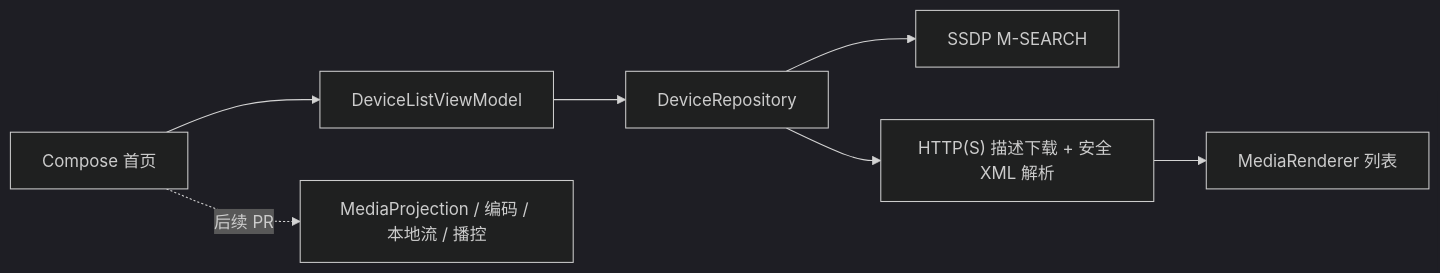
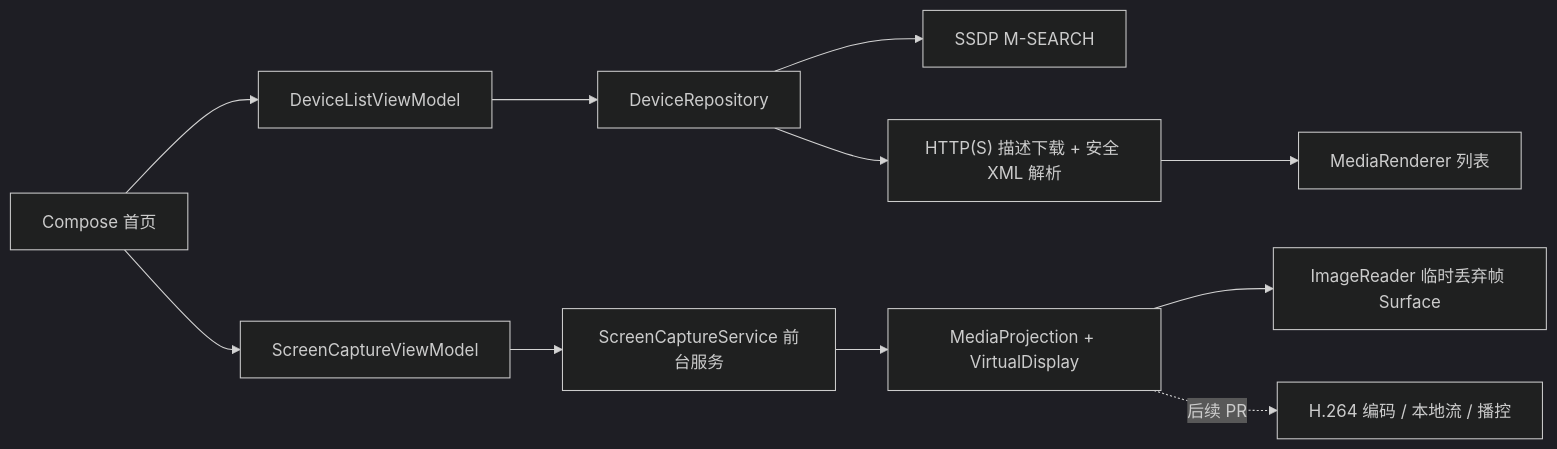
Before and after one commit to QieRong/DLNAScreenCastDemo: the diagram in README.md, drawn with Mermaid (dark theme). The commit also changed other lines of this file and 24 other files, not shown here.

Commit message:
feat(capture): add media projection screen capture skeleton

````diff
--- a/README.md
+++ b/README.md
@@ -21,9 +21,13 @@
 ```mermaid
 flowchart LR
-    UI["Compose 首页"] --> VIEWMODEL["DeviceListViewModel"]
-    VIEWMODEL --> REPOSITORY["DeviceRepository"]
+    UI["Compose 首页"] --> DEVICE_VM["DeviceListViewModel"]
+    DEVICE_VM --> REPOSITORY["DeviceRepository"]
     REPOSITORY --> SSDP["SSDP M-SEARCH"]
     REPOSITORY --> DESCRIPTION["HTTP(S) 描述下载 + 安全 XML 解析"]
     DESCRIPTION --> RENDERER["MediaRenderer 列表"]
-    UI -. 后续 PR .-> CAPTURE["MediaProjection / 编码 / 本地流 / 播控"]
+    UI --> CAPTURE_VM["ScreenCaptureViewModel"]
+    CAPTURE_VM --> SERVICE["ScreenCaptureService 前台服务"]
+    SERVICE --> CAPTURE["MediaProjection + VirtualDisplay"]
+    CAPTURE --> SURFACE["ImageReader 临时丢弃帧 Surface"]
+    CAPTURE -. 后续 PR .-> ENCODER["H.264 编码 / 本地流 / 播控"]
 ```
````
